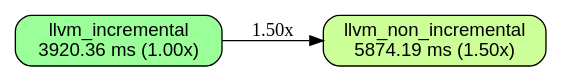
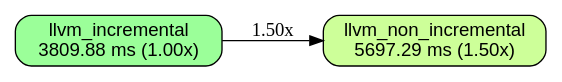
The diagram in docs/BENCHES.build-static.leaf_n25.linux-x86_64-c4-container-intel.dot (orgrinrt/hilavitkutin), drawn with Graphviz before and after one commit. The commit also changed 9 other files, not shown here.

```diff
--- a/docs/BENCHES.build-static.leaf_n25.linux-x86_64-c4-container-intel.dot
+++ b/docs/BENCHES.build-static.leaf_n25.linux-x86_64-c4-container-intel.dot
@@ -1,14 +1,14 @@
 // AUTO-GENERATED: DO NOT EDIT DIRECTLY
 //
 // Generated by: mockspace (mock)
-// Generated at: 2026-11-19T23:03:37Z
+// Generated at: 2026-11-20T09:14:29Z
 // Source: mock/
 // To regenerate: cargo mock
 
 digraph "build-static/leaf_n25 on linux-x86_64-c4-container-intel" {
   rankdir=LR;
   node [shape=box, style="rounded,filled", fontname="Helvetica"];
-  v0 [label="llvm_incremental\n3920.36 ms (1.00x)", fillcolor="0.330 0.4 1.0"];
-  v1 [label="llvm_non_incremental\n5874.19 ms (1.50x)", fillcolor="0.248 0.4 1.0"];
+  v0 [label="llvm_incremental\n3809.88 ms (1.00x)", fillcolor="0.330 0.4 1.0"];
+  v1 [label="llvm_non_incremental\n5697.29 ms (1.50x)", fillcolor="0.248 0.4 1.0"];
   v0 -> v1 [label="1.50x"];
 }
```
